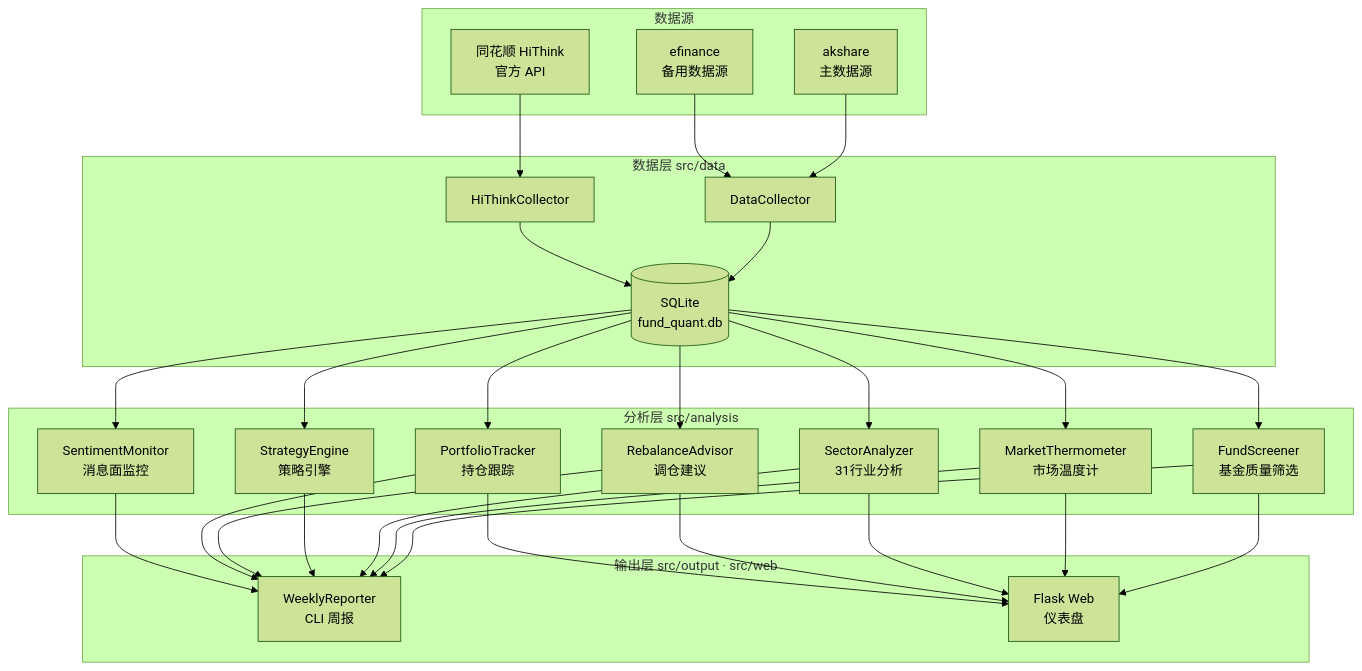
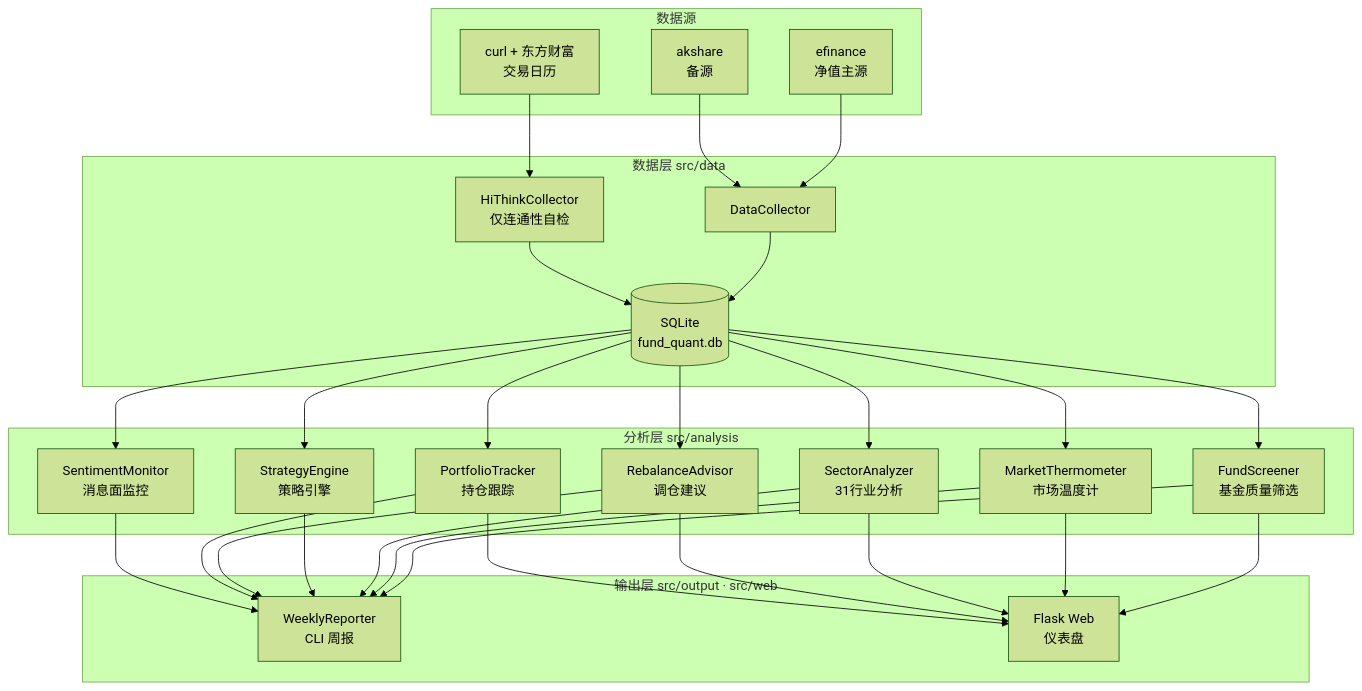
One commit to Mo12y/Quantitative-Fund-auto changed the diagram in README.md. Above: the diagram before and after it, drawn with Mermaid (forest theme). The commit also changed other lines of this file and 66 other files, not shown here.

````diff
--- a/README.md
+++ b/README.md
@@ -121,37 +192,37 @@
 ```mermaid
 flowchart TD
     subgraph DS[数据源]
-        A1[akshare<br/>主数据源]
-        A2[efinance<br/>备用数据源]
-        A3[同花顺 HiThink<br/>官方 API]
+        A1[efinance<br/>净值主源]
+        A2[akshare<br/>备源]
+        A3[curl + 东方财富<br/>交易日历]
     end
 
     subgraph DL[数据层 src/data]
         B1[DataCollector]
-        B2[HiThinkCollector]
+        B2[HiThinkCollector<br/>仅连通性自检]
         B3[(SQLite<br/>fund_quant.db)]
     end
 
     subgraph AL[分析层 src/analysis]
         C1[FundScreener<br/>基金质量筛选]
         C2[MarketThermometer<br/>市场温度计]
         C3[SectorAnalyzer<br/>31行业分析]
         C4[StrategyEngine<br/>策略引擎]
         C5[RebalanceAdvisor<br/>调仓建议]
         C6[PortfolioTracker<br/>持仓跟踪]
         C7[SentimentMonitor<br/>消息面监控]
     end
 
     subgraph OL[输出层 src/output · src/web]
         D1[WeeklyReporter<br/>CLI 周报]
         D2[Flask Web<br/>仪表盘]
     end
 
     A1 --> B1
     A2 --> B1
     A3 --> B2
     B1 & B2 --> B3
     B3 --> C1 & C2 & C3 & C4 & C5 & C6 & C7
     C1 & C2 & C3 & C4 & C5 & C6 & C7 --> D1
     C1 & C2 & C3 & C5 & C6 --> D2
 ```
````
